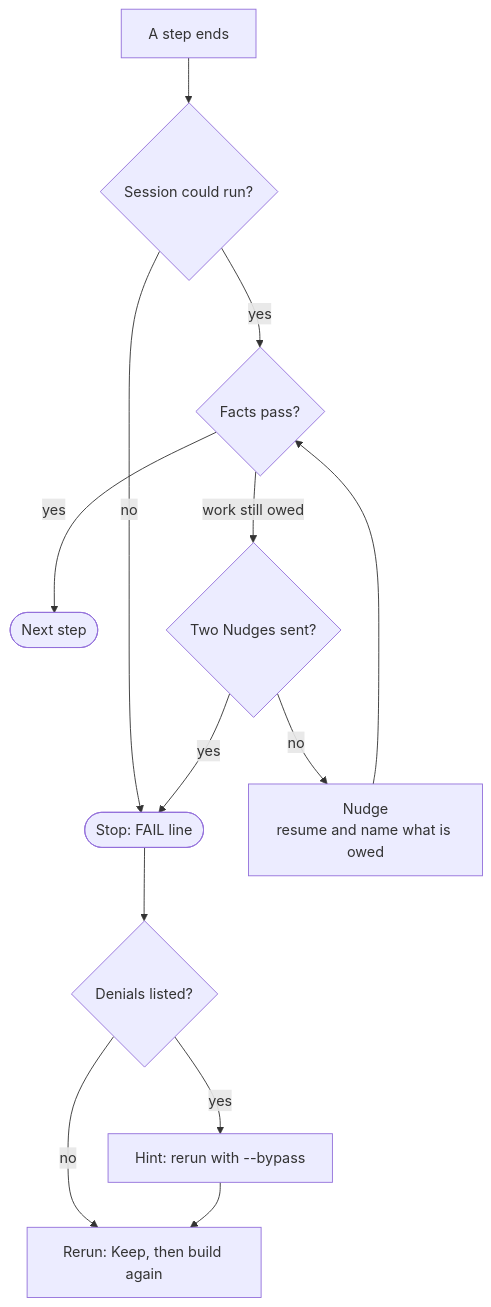
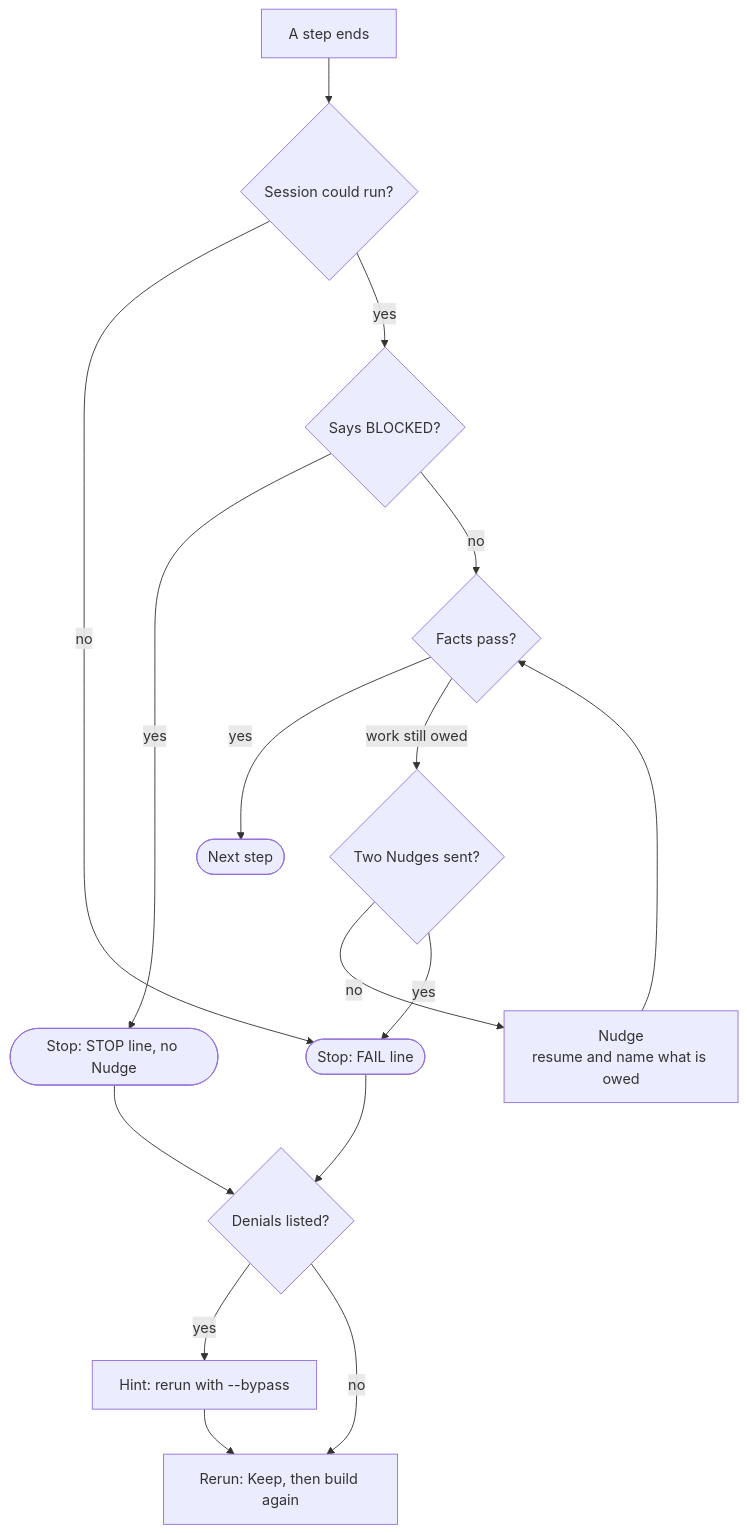
One commit to MalcolmMcNeely/skillworks changed the diagram in docs/usage/the-loop/stops.md. Above: the diagram before and after it, drawn with Mermaid. The commit also changed other lines of this file and 5 other files, not shown here.

First line of the commit message:
A Blocked step stops the loop at once, with no Nudge

````diff
--- a/docs/usage/the-loop/stops.md
+++ b/docs/usage/the-loop/stops.md
@@ -5,14 +5,17 @@
 ```mermaid
 flowchart TD
     step["A step ends"] --> ran{"Session could run?"}
     ran -- no --> stop(["Stop: FAIL line"])
-    ran -- yes --> checks{"Facts pass?"}
+    ran -- yes --> blocked{"Says BLOCKED?"}
+    blocked -- yes --> blockedstop(["Stop: STOP line, no Nudge"])
+    blocked -- no --> checks{"Facts pass?"}
     checks -- yes --> next(["Next step"])
     checks -- "work still owed" --> nudges{"Two Nudges sent?"}
     nudges -- no --> nudge["Nudge<br/>resume and name what is owed"] --> checks
     nudges -- yes --> stop
     stop --> denial{"Denials listed?"}
+    blockedstop --> denial
     denial -- yes --> bypass["Hint: rerun with --bypass"]
     denial -- no --> rerun["Rerun: Keep, then build again"]
     bypass --> rerun
 ```
````
